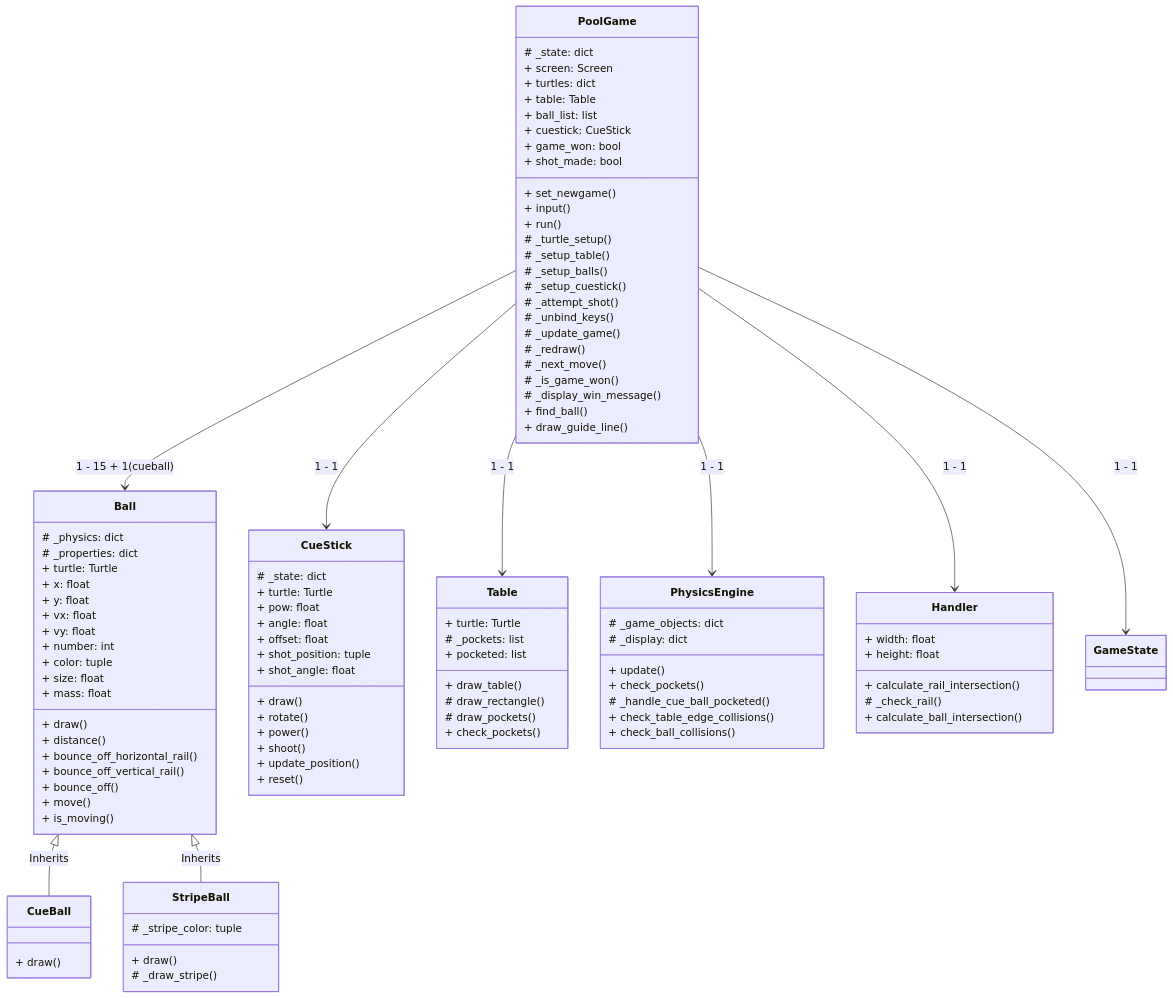
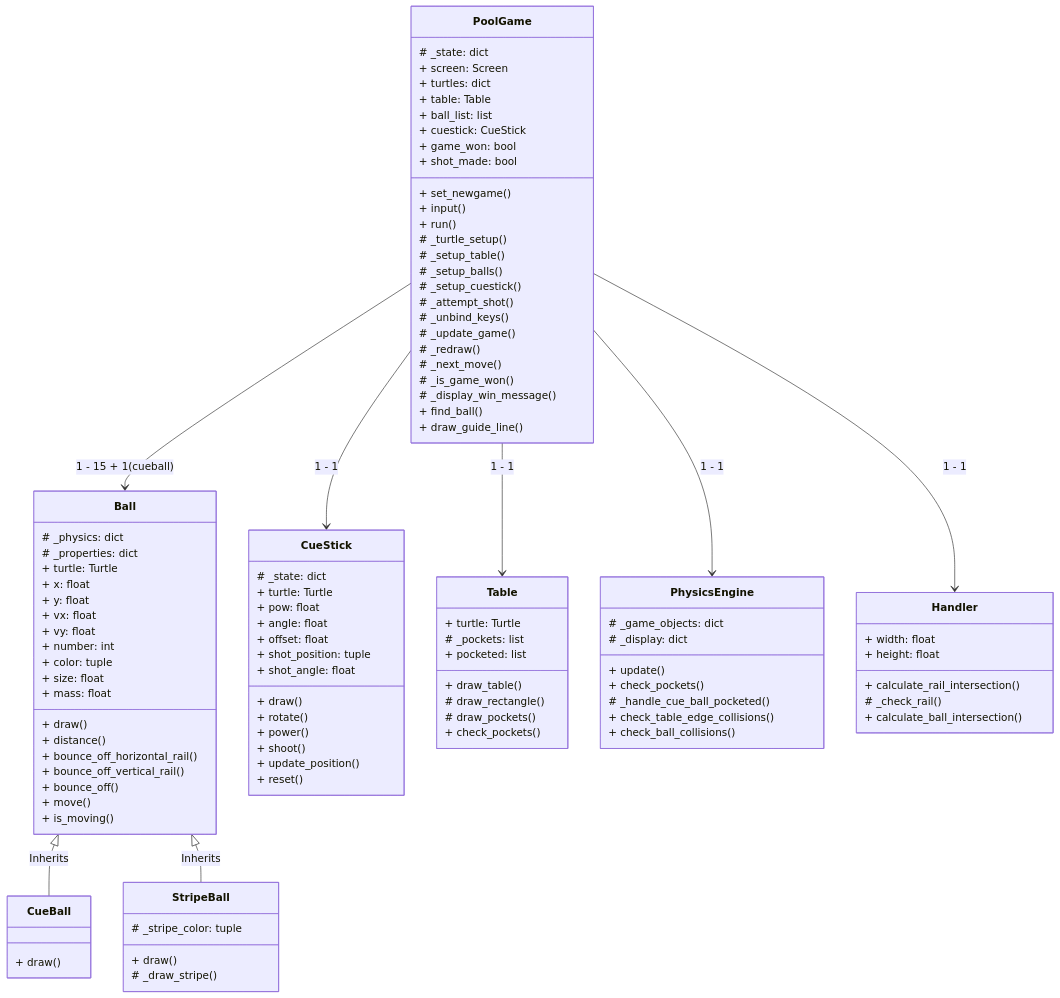
The diagram in README.md (uzimpp/8pool), drawn with Mermaid before and after one commit.

````diff
--- a/README.md
+++ b/README.md
@@ -312,7 +312,6 @@
     PoolGame --> Table : 1 - 1
     PoolGame --> PhysicsEngine : 1 - 1
     PoolGame --> Handler : 1 - 1
-    PoolGame --> GameState : 1 - 1
     Ball <|-- CueBall : Inherits
     Ball <|-- StripeBall : Inherits
 ```
````
